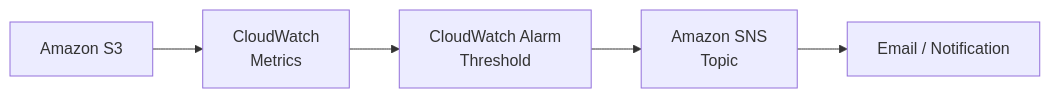
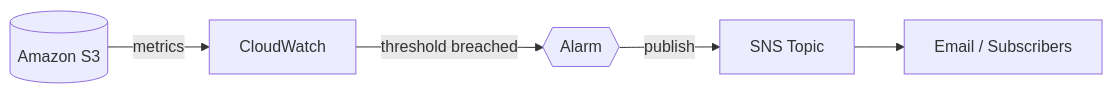
One commit to surendra-kumar-07/surendra-kumar-07 changed the second of 4 diagrams in README.md. Above: the diagram before and after it, drawn with Mermaid. The commit also changed other lines of this file, not shown here.

````diff
--- a/README.md
+++ b/README.md
@@ -81,7 +123,7 @@
 ```mermaid
 flowchart LR
-    S3[Amazon S3] --> CW[CloudWatch<br/>Metrics]
-    CW --> AL[CloudWatch Alarm<br/>Threshold]
-    AL --> SNS[Amazon SNS<br/>Topic]
-    SNS --> N[Email / Notification]
+    S3[(Amazon S3)] -->|metrics| CW[CloudWatch]
+    CW -->|threshold breached| AL{{Alarm}}
+    AL -->|publish| SNS[SNS Topic]
+    SNS --> EM[Email / Subscribers]
 ```
````
